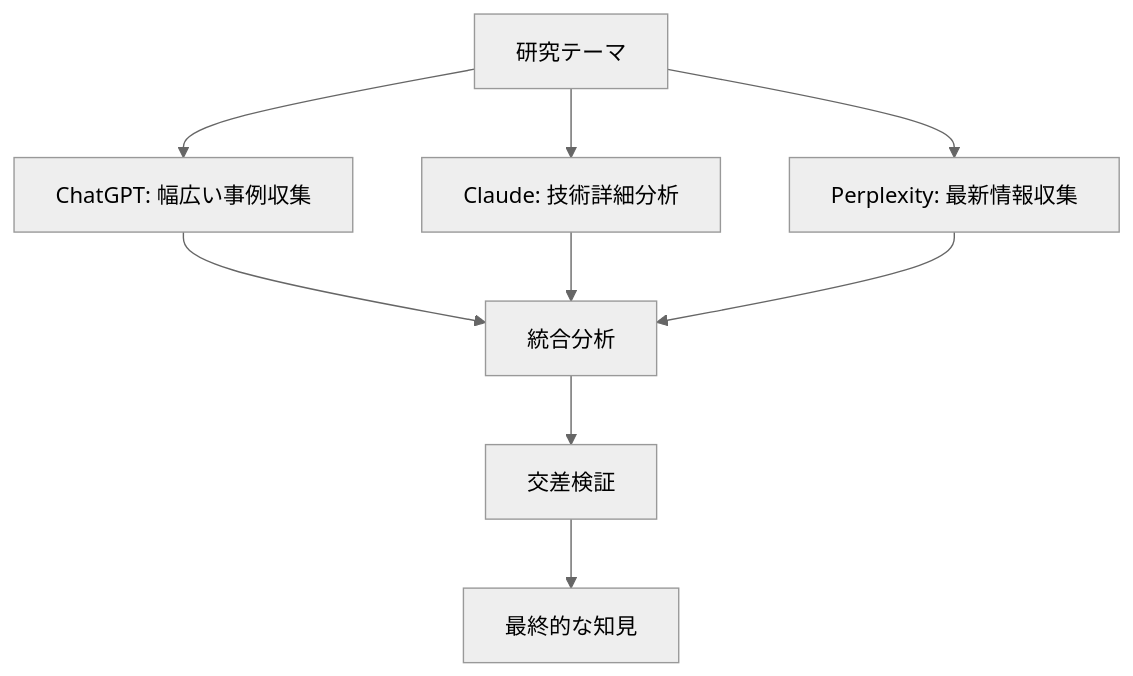
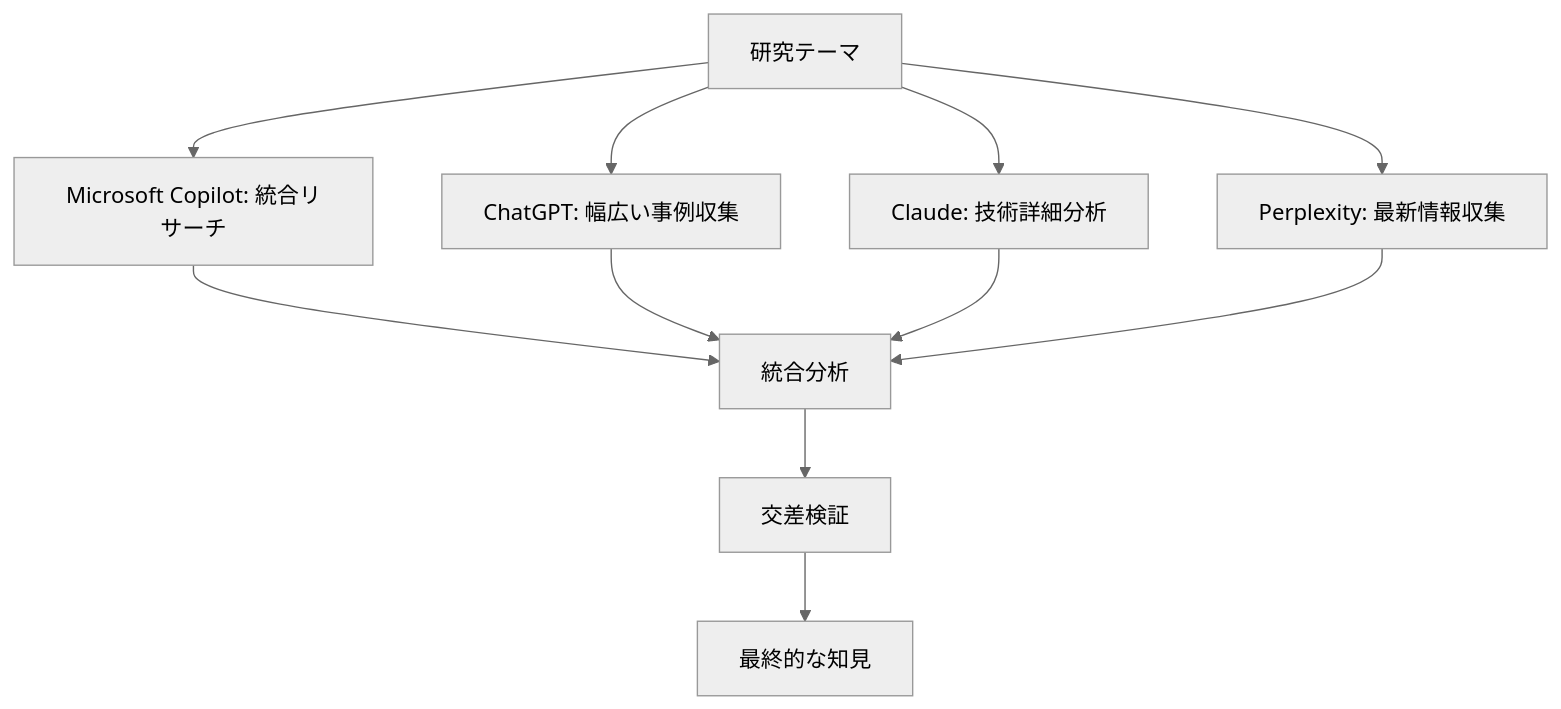
One commit to nahisaho/zenn-writing-collection changed the third of 4 diagrams in books/b74ddeabae1adf/chapter01.md. Above: the diagram before and after it, drawn with Mermaid (neutral theme). The commit also changed other lines of this file and 4 other files, not shown here.

````diff
--- a/books/b74ddeabae1adf/chapter01.md
+++ b/books/b74ddeabae1adf/chapter01.md
@@ -335,13 +335,15 @@
 ```mermaid
 graph TD
-    A[研究テーマ] --> B[ChatGPT: 幅広い事例収集]
-    A --> C[Claude: 技術詳細分析]
-    A --> D[Perplexity: 最新情報収集]
+    A[研究テーマ] --> B[Microsoft Copilot: 統合リサーチ]
+    A --> C[ChatGPT: 幅広い事例収集]
+    A --> D[Claude: 技術詳細分析]
+    A --> E[Perplexity: 最新情報収集]
     
-    B --> E[統合分析]
-    C --> E
-    D --> E
+    B --> F[統合分析]
+    C --> F
+    D --> F
+    E --> F
     
-    E --> F[交差検証]
-    F --> G[最終的な知見]
+    F --> G[交差検証]
+    G --> H[最終的な知見]
 ```
````
